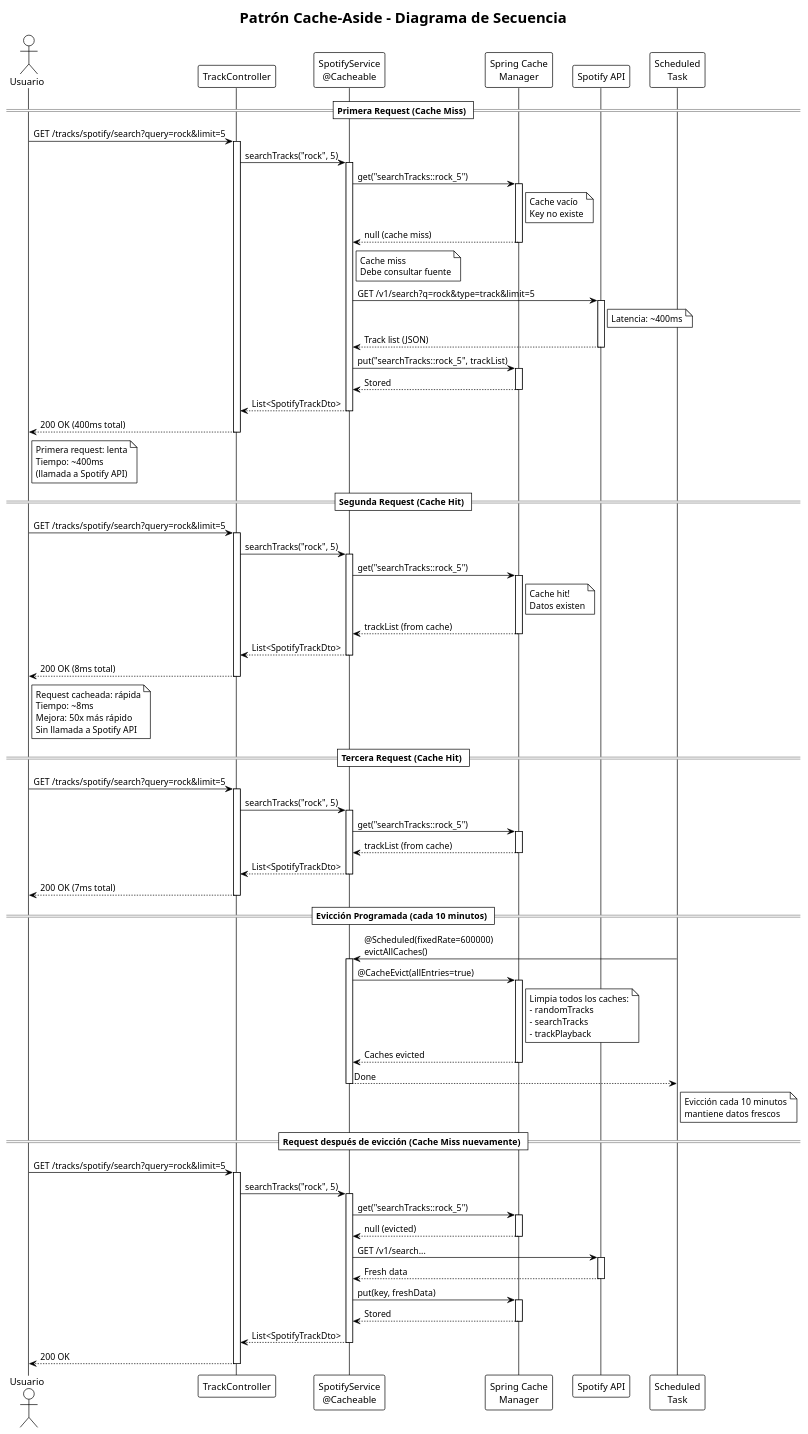
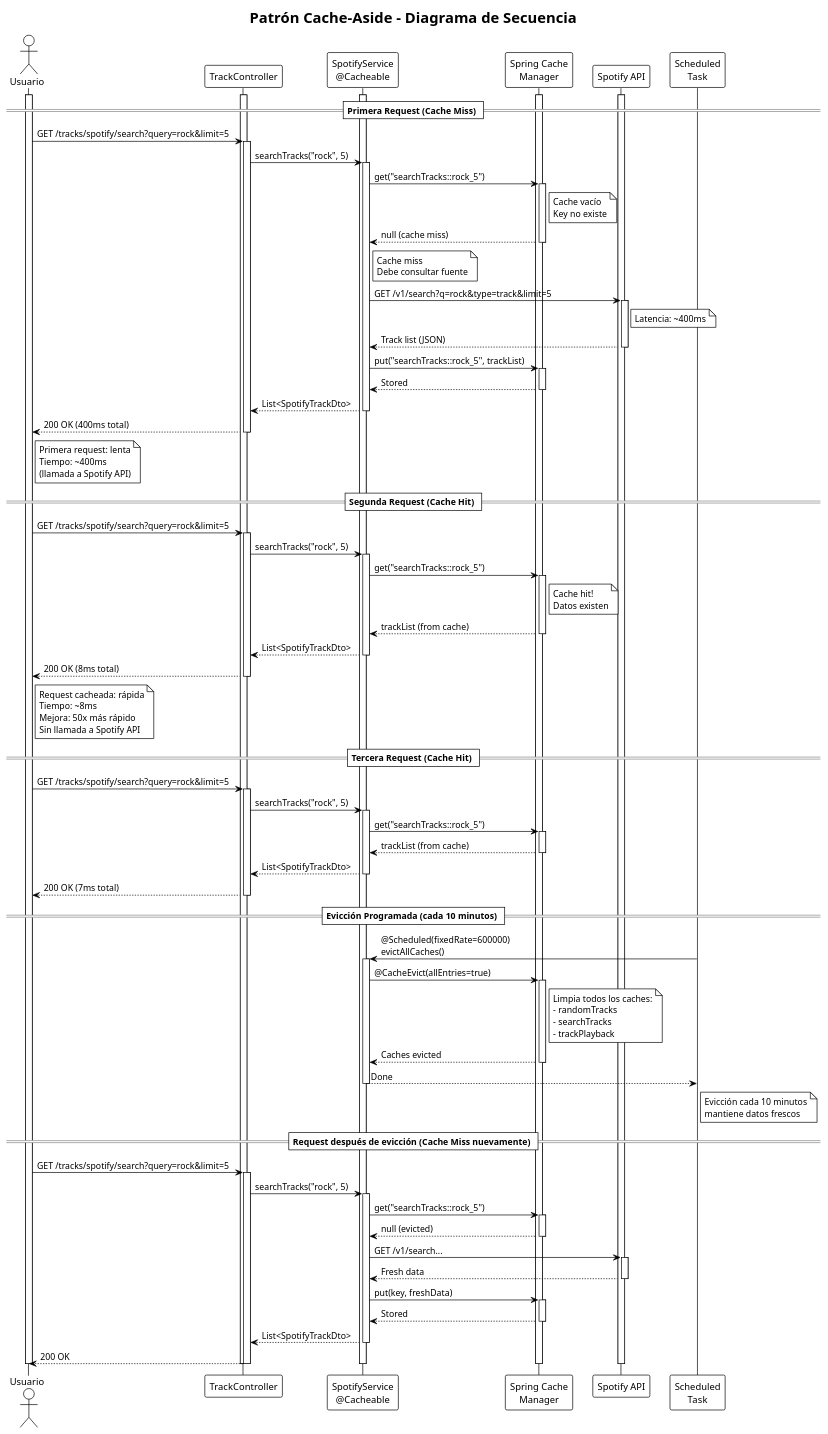
The diagram in diagramas/cache-aside-sequence.pu (clara-s-n/musify), drawn with PlantUML before and after one commit. The commit also changed 10 other files, not shown here.

Commit message:
Update diagrams with lifelines, external cloud structures, and justification notes

```diff
--- a/diagramas/cache-aside-sequence.pu
+++ b/diagramas/cache-aside-sequence.pu
@@ -1,156 +1,170 @@
 @startuml cache-aside-sequence
 !theme plain
 title Patrón Cache-Aside - Diagrama de Secuencia
 
 actor Usuario
 participant "TrackController" as Controller
 participant "SpotifyService\n@Cacheable" as Service
 participant "Spring Cache\nManager" as Cache
 participant "Spotify API" as Spotify
+
+' Lifelines
+activate Usuario
+activate Controller
+activate Service
+activate Cache
+activate Spotify
 
 == Primera Request (Cache Miss) ==
 
 Usuario -> Controller: GET /tracks/spotify/search?query=rock&limit=5
 activate Controller
 
 Controller -> Service: searchTracks("rock", 5)
 activate Service
 
 Service -> Cache: get("searchTracks::rock_5")
 activate Cache
 
 note right of Cache
   Cache vacío
   Key no existe
 end note
 
 Cache --> Service: null (cache miss)
 deactivate Cache
 
 note right of Service
   Cache miss
   Debe consultar fuente
 end note
 
 Service -> Spotify: GET /v1/search?q=rock&type=track&limit=5
 activate Spotify
 note right of Spotify: Latencia: ~400ms
 Spotify --> Service: Track list (JSON)
 deactivate Spotify
 
 Service -> Cache: put("searchTracks::rock_5", trackList)
 activate Cache
 Cache --> Service: Stored
 deactivate Cache
 
 Service --> Controller: List<SpotifyTrackDto>
 deactivate Service
 
 Controller --> Usuario: 200 OK (400ms total)
 deactivate Controller
 
 note right of Usuario
   Primera request: lenta
   Tiempo: ~400ms
   (llamada a Spotify API)
 end note
 
 == Segunda Request (Cache Hit) ==
 
 Usuario -> Controller: GET /tracks/spotify/search?query=rock&limit=5
 activate Controller
 
 Controller -> Service: searchTracks("rock", 5)
 activate Service
 
 Service -> Cache: get("searchTracks::rock_5")
 activate Cache
 
 note right of Cache
   Cache hit!
   Datos existen
 end note
 
 Cache --> Service: trackList (from cache)
 deactivate Cache
 
 Service --> Controller: List<SpotifyTrackDto>
 deactivate Service
 
 Controller --> Usuario: 200 OK (8ms total)
 deactivate Controller
 
 note right of Usuario
   Request cacheada: rápida
   Tiempo: ~8ms
   Mejora: 50x más rápido
   Sin llamada a Spotify API
 end note
 
 == Tercera Request (Cache Hit) ==
 
 Usuario -> Controller: GET /tracks/spotify/search?query=rock&limit=5
 activate Controller
 Controller -> Service: searchTracks("rock", 5)
 activate Service
 Service -> Cache: get("searchTracks::rock_5")
 activate Cache
 Cache --> Service: trackList (from cache)
 deactivate Cache
 Service --> Controller: List<SpotifyTrackDto>
 deactivate Service
 Controller --> Usuario: 200 OK (7ms total)
 deactivate Controller
 
 == Evicción Programada (cada 10 minutos) ==
 
 participant "Scheduled\nTask" as Scheduler
 
 Scheduler -> Service: @Scheduled(fixedRate=600000)\nevictAllCaches()
 activate Service
 
 Service -> Cache: @CacheEvict(allEntries=true)
 activate Cache
 
 note right of Cache
   Limpia todos los caches:
   - randomTracks
   - searchTracks
   - trackPlayback
 end note
 
 Cache --> Service: Caches evicted
 deactivate Cache
 
 Service --> Scheduler: Done
 deactivate Service
 
 note right of Scheduler
   Evicción cada 10 minutos
   mantiene datos frescos
 end note
 
 == Request después de evicción (Cache Miss nuevamente) ==
 
 Usuario -> Controller: GET /tracks/spotify/search?query=rock&limit=5
 activate Controller
 Controller -> Service: searchTracks("rock", 5)
 activate Service
 Service -> Cache: get("searchTracks::rock_5")
 activate Cache
 Cache --> Service: null (evicted)
 deactivate Cache
 Service -> Spotify: GET /v1/search...
 activate Spotify
 Spotify --> Service: Fresh data
 deactivate Spotify
 Service -> Cache: put(key, freshData)
 activate Cache
 Cache --> Service: Stored
 deactivate Cache
 Service --> Controller: List<SpotifyTrackDto>
 deactivate Service
 Controller --> Usuario: 200 OK
 deactivate Controller
 
+' End lifelines
+deactivate Usuario
+deactivate Controller
+deactivate Service
+deactivate Cache
+deactivate Spotify
+
 @enduml
```
